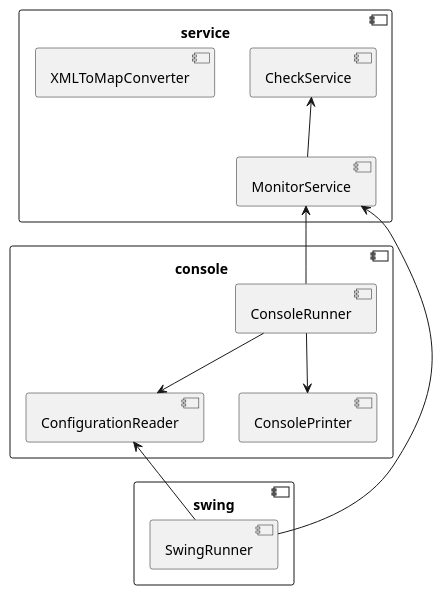
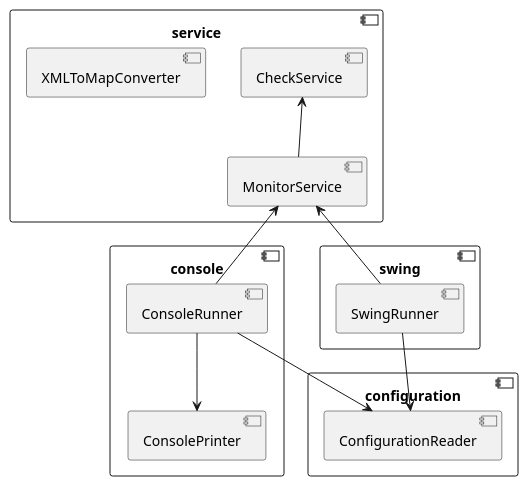
One commit to greifentor/service-monitor changed the diagram in documentation/components.plantuml. Above: the diagram before and after it, drawn with PlantUML. The commit also changed 21 other files, not shown here.

```diff
--- a/documentation/components.plantuml
+++ b/documentation/components.plantuml
@@ -1,38 +1,42 @@
 @startuml
 
 component service {
 
 	component CheckService
 	
 	component MonitorService
 	
 	component XMLToMapConverter
 	
 	MonitorService -UP-> CheckService
 
 }
 
+component configuration {
+
+	component ConfigurationReader
+	
+}
+
 component console {
 
 	component ConsoleRunner
-	
-	component ConfigurationReader
 	
 	component ConsolePrinter
 	
 	ConsoleRunner --> ConfigurationReader
 	ConsoleRunner --> ConsolePrinter
 	ConsoleRunner -UP-> MonitorService
 
 }
 
 component swing {
 
 	component SwingRunner
 	
 	SwingRunner -UP-> MonitorService
-	SwingRunner -UP-> ConfigurationReader
+	SwingRunner --> ConfigurationReader
 
 }
 
 @enduml
```
